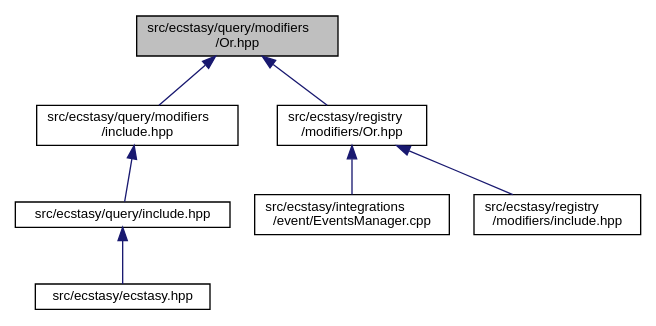
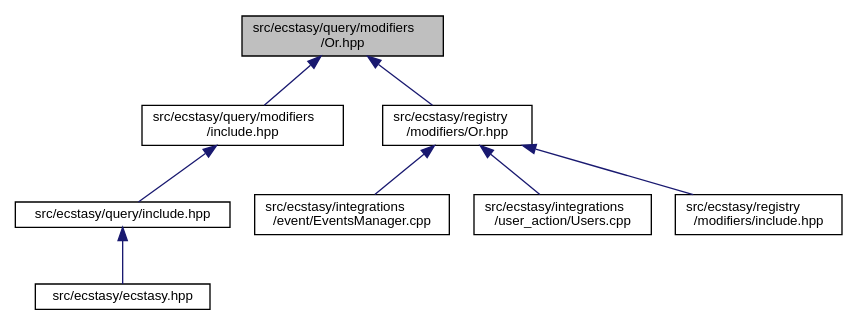
One commit to AndreasLrx/ecstasy changed the diagram in query_2modifiers_2_or_8hpp__dep__incl.dot. Above: the diagram before and after it, drawn with Graphviz. The commit also changed 97 other files, not shown here.

```diff
--- a/query_2modifiers_2_or_8hpp__dep__incl.dot
+++ b/query_2modifiers_2_or_8hpp__dep__incl.dot
@@ -1,19 +1,21 @@
 digraph "src/ecstasy/query/modifiers/Or.hpp"
 {
  // LATEX_PDF_SIZE
   edge [fontname="Helvetica",fontsize="10",labelfontname="Helvetica",labelfontsize="10"];
   node [fontname="Helvetica",fontsize="10",shape=record];
   Node1 [label="src/ecstasy/query/modifiers\l/Or.hpp",height=0.2,width=0.4,color="black", fillcolor="grey75", style="filled", fontcolor="black",tooltip=" "];
   Node1 -> Node2 [dir="back",color="midnightblue",fontsize="10",style="solid",fontname="Helvetica"];
   Node2 [label="src/ecstasy/query/modifiers\l/include.hpp",height=0.2,width=0.4,color="black", fillcolor="white", style="filled",URL="$query_2modifiers_2include_8hpp.html",tooltip=" "];
   Node2 -> Node3 [dir="back",color="midnightblue",fontsize="10",style="solid",fontname="Helvetica"];
   Node3 [label="src/ecstasy/query/include.hpp",height=0.2,width=0.4,color="black", fillcolor="white", style="filled",URL="$query_2include_8hpp.html",tooltip=" "];
   Node3 -> Node4 [dir="back",color="midnightblue",fontsize="10",style="solid",fontname="Helvetica"];
   Node4 [label="src/ecstasy/ecstasy.hpp",height=0.2,width=0.4,color="black", fillcolor="white", style="filled",URL="$ecstasy_8hpp.html",tooltip=" "];
   Node1 -> Node5 [dir="back",color="midnightblue",fontsize="10",style="solid",fontname="Helvetica"];
   Node5 [label="src/ecstasy/registry\l/modifiers/Or.hpp",height=0.2,width=0.4,color="black", fillcolor="white", style="filled",URL="$registry_2modifiers_2_or_8hpp.html",tooltip=" "];
   Node5 -> Node6 [dir="back",color="midnightblue",fontsize="10",style="solid",fontname="Helvetica"];
   Node6 [label="src/ecstasy/integrations\l/event/EventsManager.cpp",height=0.2,width=0.4,color="black", fillcolor="white", style="filled",URL="$_events_manager_8cpp.html",tooltip=" "];
   Node5 -> Node7 [dir="back",color="midnightblue",fontsize="10",style="solid",fontname="Helvetica"];
-  Node7 [label="src/ecstasy/registry\l/modifiers/include.hpp",height=0.2,width=0.4,color="black", fillcolor="white", style="filled",URL="$registry_2modifiers_2include_8hpp.html",tooltip=" "];
+  Node7 [label="src/ecstasy/integrations\l/user_action/Users.cpp",height=0.2,width=0.4,color="black", fillcolor="white", style="filled",URL="$_users_8cpp.html",tooltip=" "];
+  Node5 -> Node8 [dir="back",color="midnightblue",fontsize="10",style="solid",fontname="Helvetica"];
+  Node8 [label="src/ecstasy/registry\l/modifiers/include.hpp",height=0.2,width=0.4,color="black", fillcolor="white", style="filled",URL="$registry_2modifiers_2include_8hpp.html",tooltip=" "];
 }
```
